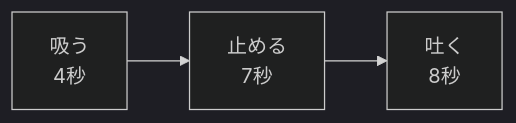
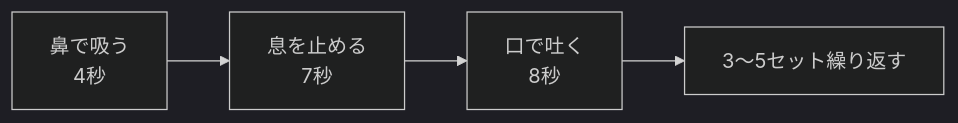
Before and after one commit to tndg16-bot/portfolio-site: the second of 3 diagrams in content/blog/296-breathing-nervous-system-control.md, drawn with Mermaid (dark theme). The commit also changed other lines of this file and 19 other files, not shown here.

````diff
--- a/content/blog/296-breathing-nervous-system-control.md
+++ b/content/blog/296-breathing-nervous-system-control.md
@@ -52,5 +59,6 @@
 ```mermaid
 graph LR
-    A[吸う<br/>4秒] --> B[止める<br/>7秒]
-    B --> C[吐く<br/>8秒]
+    A[鼻で吸う<br/>4秒] --> B[息を止める<br/>7秒]
+    B --> C[口で吐く<br/>8秒]
+    C --> D[3〜5セット繰り返す]
 ```
````
